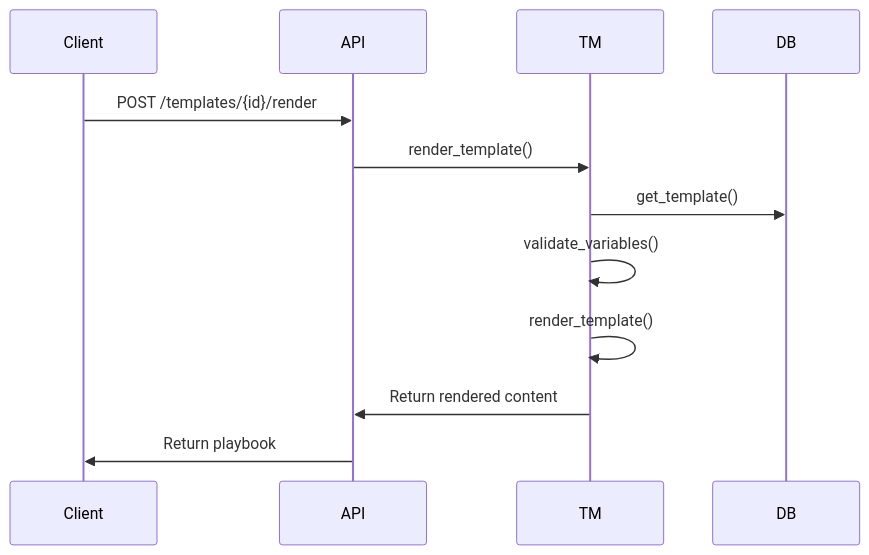
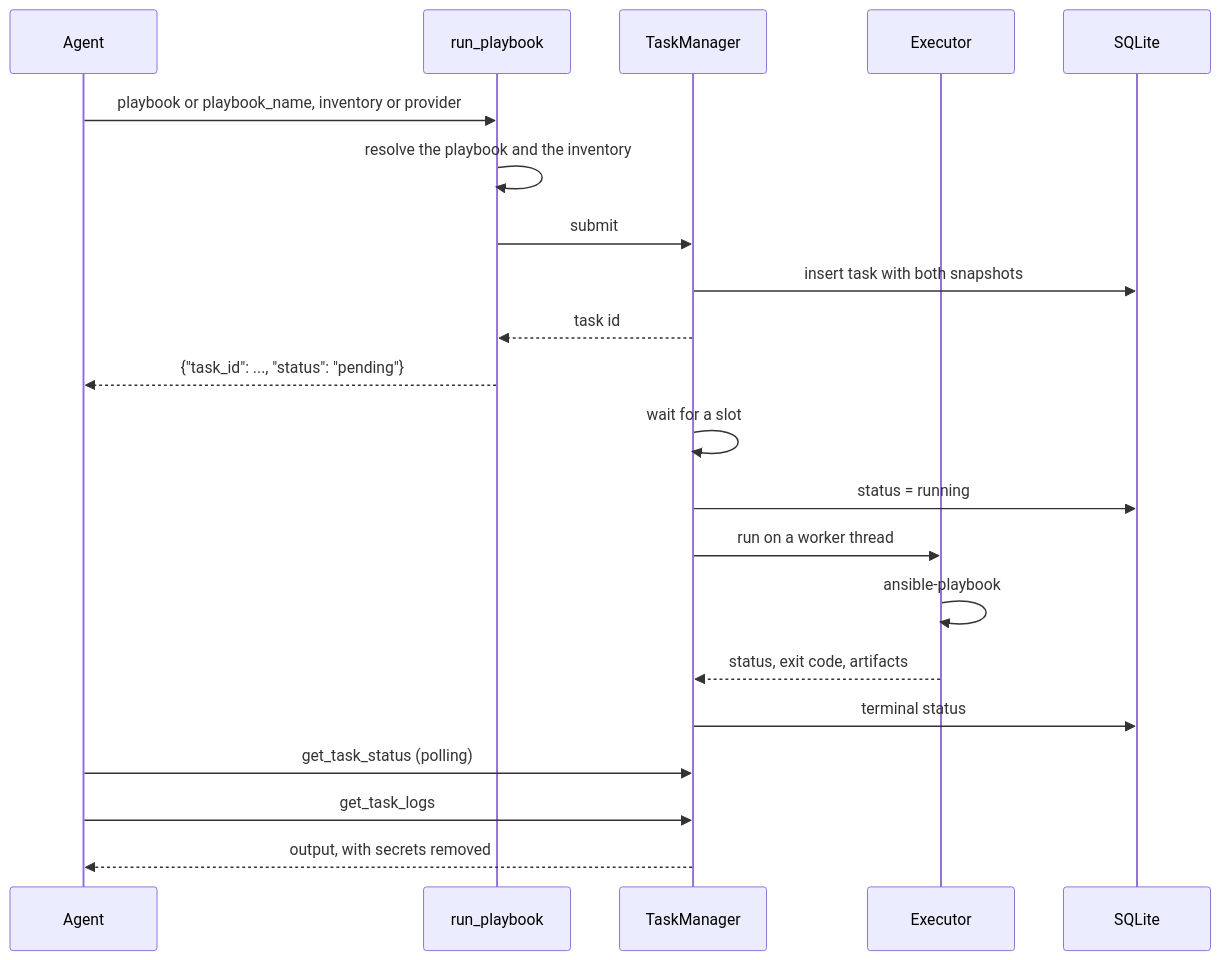
Before and after one commit to ppavlovrus/simple_ansible_controller: the second of 2 diagrams in docs/architecture.md, drawn with Mermaid. The commit also changed other lines of this file and 21 other files, not shown here.

````diff
--- a/docs/architecture.md
+++ b/docs/architecture.md
@@ -168,15 +102,26 @@
 ```mermaid
 sequenceDiagram
-    participant Client
-    participant API
-    participant TM
-    participant DB
-    
-    Client->>API: POST /templates/{id}/render
-    API->>TM: render_template()
-    TM->>DB: get_template()
-    TM->>TM: validate_variables()
-    TM->>TM: render_template()
-    TM->>API: Return rendered content
-    API->>Client: Return playbook
+    participant Agent
+    participant Tool as run_playbook
+    participant TM as TaskManager
+    participant Exec as Executor
+    participant DB as SQLite
+
+    Agent->>Tool: playbook or playbook_name, inventory or provider
+    Tool->>Tool: resolve the playbook and the inventory
+    Tool->>TM: submit
+    TM->>DB: insert task with both snapshots
+    TM-->>Tool: task id
+    Tool-->>Agent: {"task_id": ..., "status": "pending"}
+
+    TM->>TM: wait for a slot
+    TM->>DB: status = running
+    TM->>Exec: run on a worker thread
+    Exec->>Exec: ansible-playbook
+    Exec-->>TM: status, exit code, artifacts
+    TM->>DB: terminal status
+
+    Agent->>TM: get_task_status (polling)
+    Agent->>TM: get_task_logs
+    TM-->>Agent: output, with secrets removed
 ```
````
